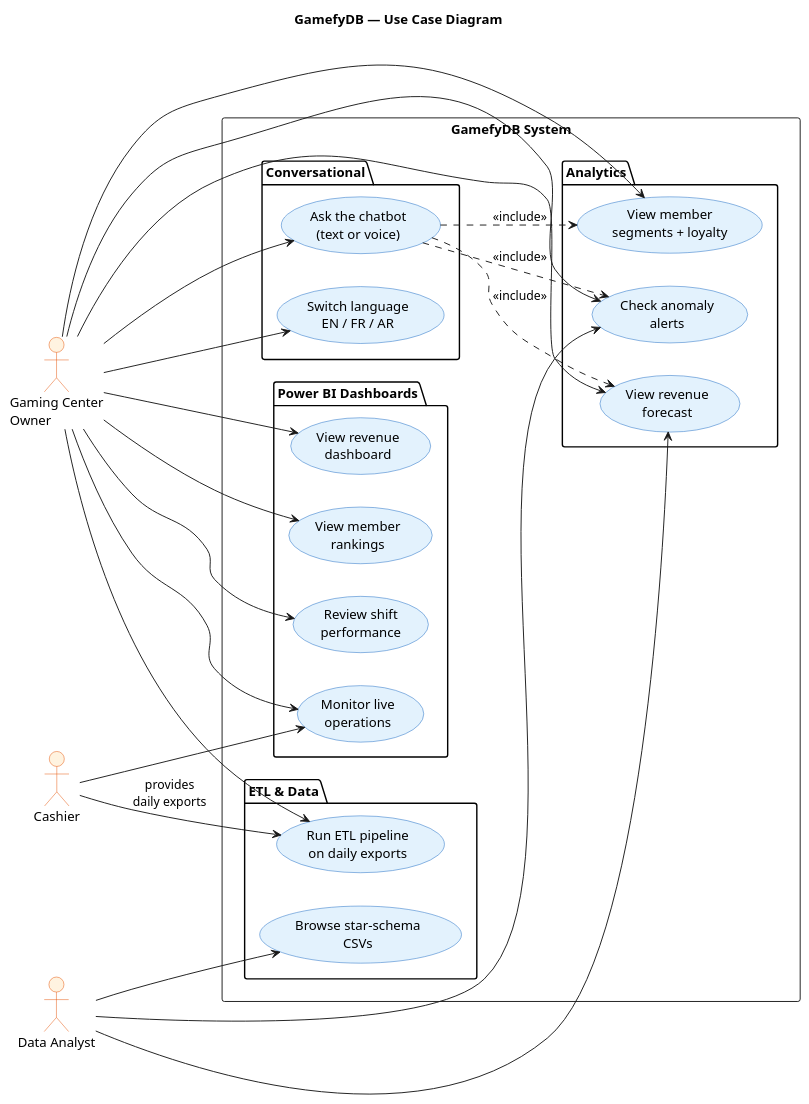
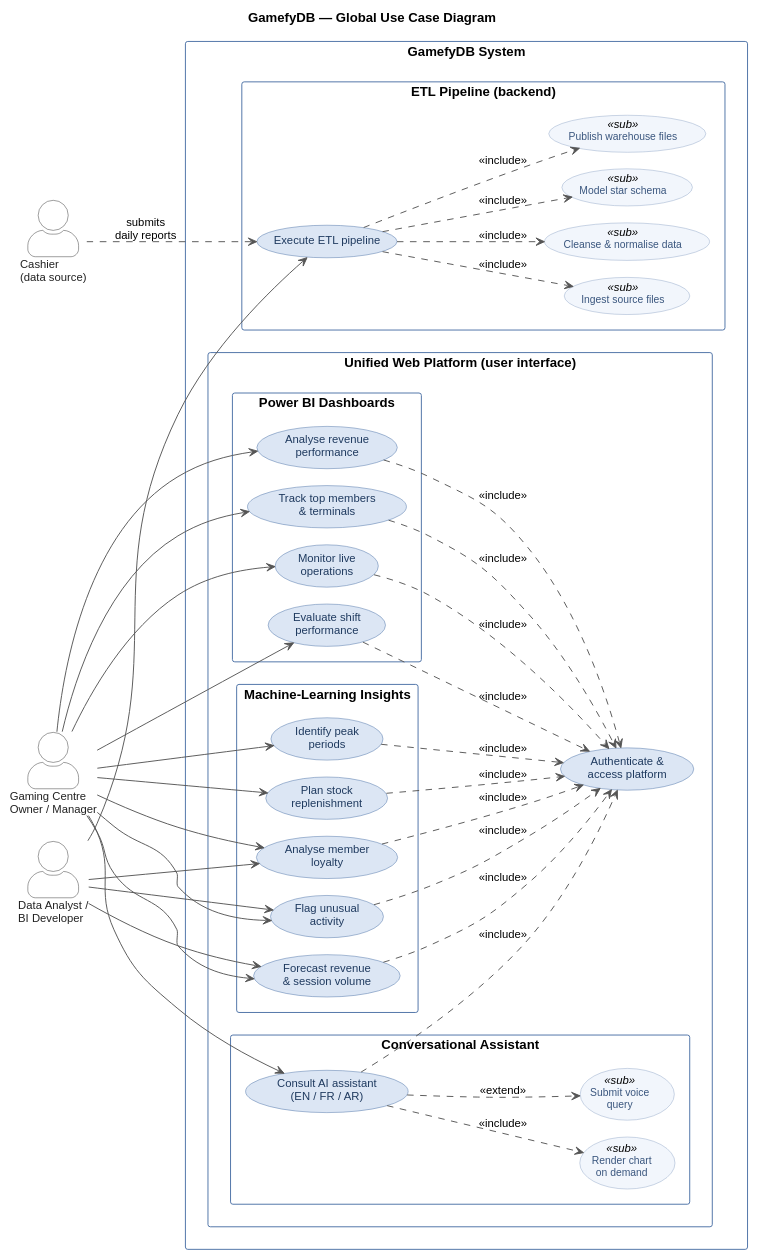
The diagram in docs/diagrams/usecase.puml (sarahmed1/GamefyDB), drawn with PlantUML before and after one commit. The commit also changed 218 other files, not shown here.

```diff
--- a/docs/diagrams/usecase.puml
+++ b/docs/diagrams/usecase.puml
@@ -1,63 +1,130 @@
 @startuml usecase
-title GamefyDB — Use Case Diagram
+title GamefyDB — Global Use Case Diagram
 
 left to right direction
 skinparam shadowing false
+skinparam DefaultFontName "Liberation Sans"
+skinparam DefaultFontSize 12
+skinparam ArrowColor #555555
+skinparam ranksep 35
+skinparam nodesep 18
+skinparam packageStyle rectangle
+skinparam package {
+  BorderColor      #4A6FA5
+  BackgroundColor  #F5F8FC
+  FontColor        #1F3A5F
+  FontStyle        bold
+  FontSize         13
+}
+skinparam rectangle {
+  BorderColor      #4A6FA5
+  BackgroundColor  #FFFFFF
+  FontStyle        bold
+  FontSize         14
+}
 skinparam usecase {
-  BackgroundColor #E3F2FD
-  BorderColor     #1565C0
+  BackgroundColor  #DCE6F4
+  BorderColor      #4A6FA5
+  FontColor        #1F3A5F
+  FontSize         12
+}
+skinparam usecase<<sub>> {
+  BackgroundColor  #F2F6FC
+  BorderColor      #93A8C7
+  FontColor        #3A567E
+  FontSize         11
 }
 skinparam actor {
-  BackgroundColor #FFF3E0
-  BorderColor     #E65100
+  Style            awesome
+  BackgroundColor  #FFFFFF
+  BorderColor      #333333
+  FontColor        #222222
+  FontSize         12
 }
 
-actor "Gaming Center\nOwner" as owner
-actor "Cashier" as cashier
-actor "Data Analyst" as analyst
+' === Actors (both on the LEFT to avoid arrow crossings) ===================
+actor "Cashier\n(data source)"           as cashier
+actor "Data Analyst /\nBI Developer"     as analyst
+actor "Gaming Centre\nOwner / Manager"   as owner
 
 rectangle "GamefyDB System" {
-  package "ETL & Data" {
-    usecase "Run ETL pipeline\non daily exports" as UC_ETL
-    usecase "Browse star-schema\nCSVs" as UC_CSV
+
+  package "ETL Pipeline (backend)" as PKG_ETL {
+    usecase "Execute ETL pipeline"        as UC_ETL
+    usecase "Ingest source files"         as UC_ING  <<sub>>
+    usecase "Cleanse & normalise data"    as UC_CLN  <<sub>>
+    usecase "Model star schema"           as UC_TRA  <<sub>>
+    usecase "Publish warehouse files"     as UC_EXP  <<sub>>
   }
-  package "Power BI Dashboards" {
-    usecase "View revenue\ndashboard" as UC_REV
-    usecase "View member\nrankings" as UC_RANK
-    usecase "Monitor live\noperations" as UC_LIVE
-    usecase "Review shift\nperformance" as UC_SHIFT
-  }
-  package "Analytics" {
-    usecase "View revenue\nforecast" as UC_FCAST
-    usecase "Check anomaly\nalerts" as UC_ANOM
-    usecase "View member\nsegments + loyalty" as UC_SEG
-  }
-  package "Conversational" {
-    usecase "Ask the chatbot\n(text or voice)" as UC_CHAT
-    usecase "Switch language\nEN / FR / AR" as UC_LANG
+
+  package "Unified Web Platform (user interface)" as PKG_WEB {
+
+    usecase "Authenticate &\naccess platform" as UC_LOGIN
+
+    package "Power BI Dashboards" as PKG_DASH {
+      usecase "Analyse revenue\nperformance"   as UC_REV
+      usecase "Track top members\n& terminals" as UC_MEM
+      usecase "Monitor live\noperations"       as UC_LIVE
+      usecase "Evaluate shift\nperformance"    as UC_SHIFT
+    }
+
+    package "Machine-Learning Insights" as PKG_ML {
+      usecase "Forecast revenue\n& session volume" as UC_FCAST
+      usecase "Identify peak\nperiods"             as UC_PEAK
+      usecase "Plan stock\nreplenishment"          as UC_STOCK
+      usecase "Analyse member\nloyalty"            as UC_SEG
+      usecase "Flag unusual\nactivity"             as UC_ANOM
+    }
+
+    package "Conversational Assistant" as PKG_CHAT {
+      usecase "Consult AI assistant\n(EN / FR / AR)" as UC_CHAT
+      usecase "Render chart\non demand"              as UC_CHART <<sub>>
+      usecase "Submit voice\nquery"                  as UC_VOICE <<sub>>
+    }
   }
 }
 
-owner --> UC_ETL
+' === Internal UML relations (composition arrows) =========================
+UC_ETL ..> UC_ING : <<include>>
+UC_ETL ..> UC_CLN : <<include>>
+UC_ETL ..> UC_TRA : <<include>>
+UC_ETL ..> UC_EXP : <<include>>
+
+UC_CHAT ..> UC_CHART : <<include>>
+UC_CHAT ..> UC_VOICE : <<extend>>
+
+' Every UI use case requires logging into the platform
+UC_REV   ..> UC_LOGIN : <<include>>
+UC_MEM   ..> UC_LOGIN : <<include>>
+UC_LIVE  ..> UC_LOGIN : <<include>>
+UC_SHIFT ..> UC_LOGIN : <<include>>
+UC_FCAST ..> UC_LOGIN : <<include>>
+UC_PEAK  ..> UC_LOGIN : <<include>>
+UC_STOCK ..> UC_LOGIN : <<include>>
+UC_SEG   ..> UC_LOGIN : <<include>>
+UC_ANOM  ..> UC_LOGIN : <<include>>
+UC_CHAT  ..> UC_LOGIN : <<include>>
+
+' === Actor links ==========================================================
+' Cashier: only feeds the ETL with daily reports
+cashier ..> UC_ETL : submits\ndaily reports
+
+' Analyst: operates the backend pipeline + drives ML through the web platform
+analyst --> UC_ETL
+analyst --> UC_FCAST
+analyst --> UC_SEG
+analyst --> UC_ANOM
+
+' Owner: consumes everything through the unified web platform UI
 owner --> UC_REV
-owner --> UC_RANK
+owner --> UC_MEM
 owner --> UC_LIVE
 owner --> UC_SHIFT
 owner --> UC_FCAST
+owner --> UC_PEAK
+owner --> UC_STOCK
+owner --> UC_SEG
 owner --> UC_ANOM
-owner --> UC_SEG
 owner --> UC_CHAT
-owner --> UC_LANG
-
-cashier --> UC_ETL : provides\ndaily exports
-cashier --> UC_LIVE
-
-analyst --> UC_CSV
-analyst --> UC_FCAST
-analyst --> UC_ANOM
-
-UC_CHAT ..> UC_FCAST : <<include>>
-UC_CHAT ..> UC_ANOM  : <<include>>
-UC_CHAT ..> UC_SEG   : <<include>>
 
 @enduml
```
